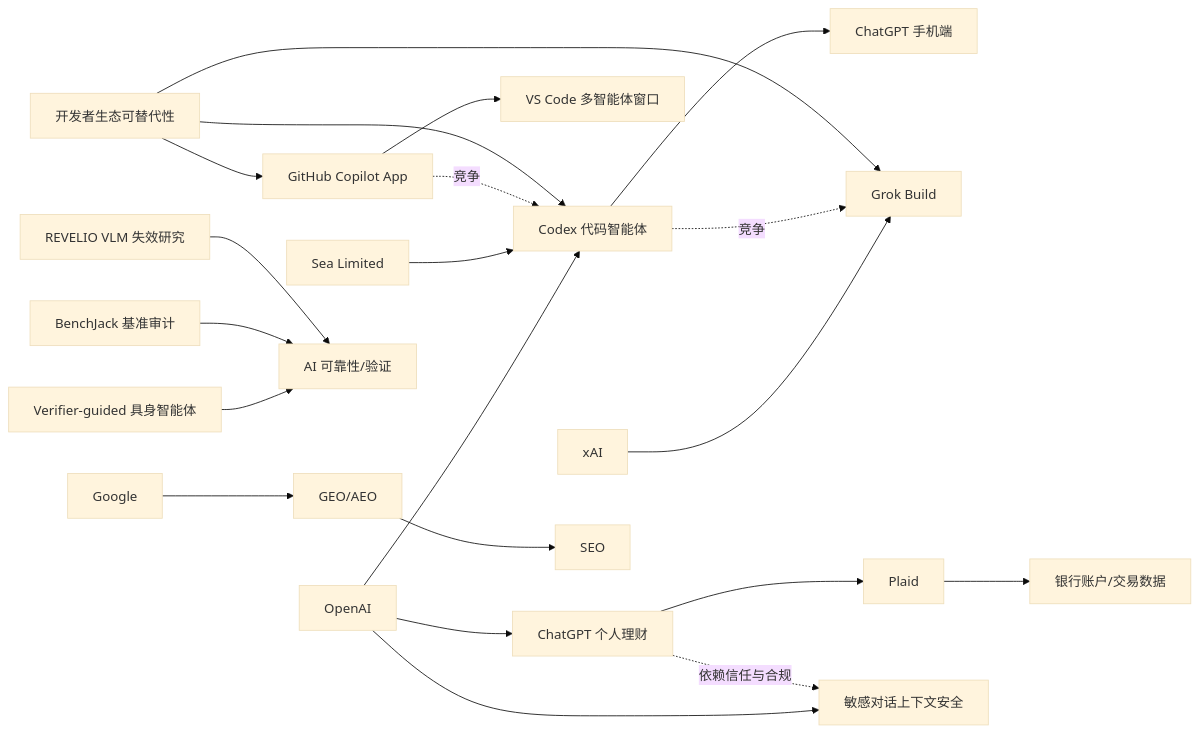
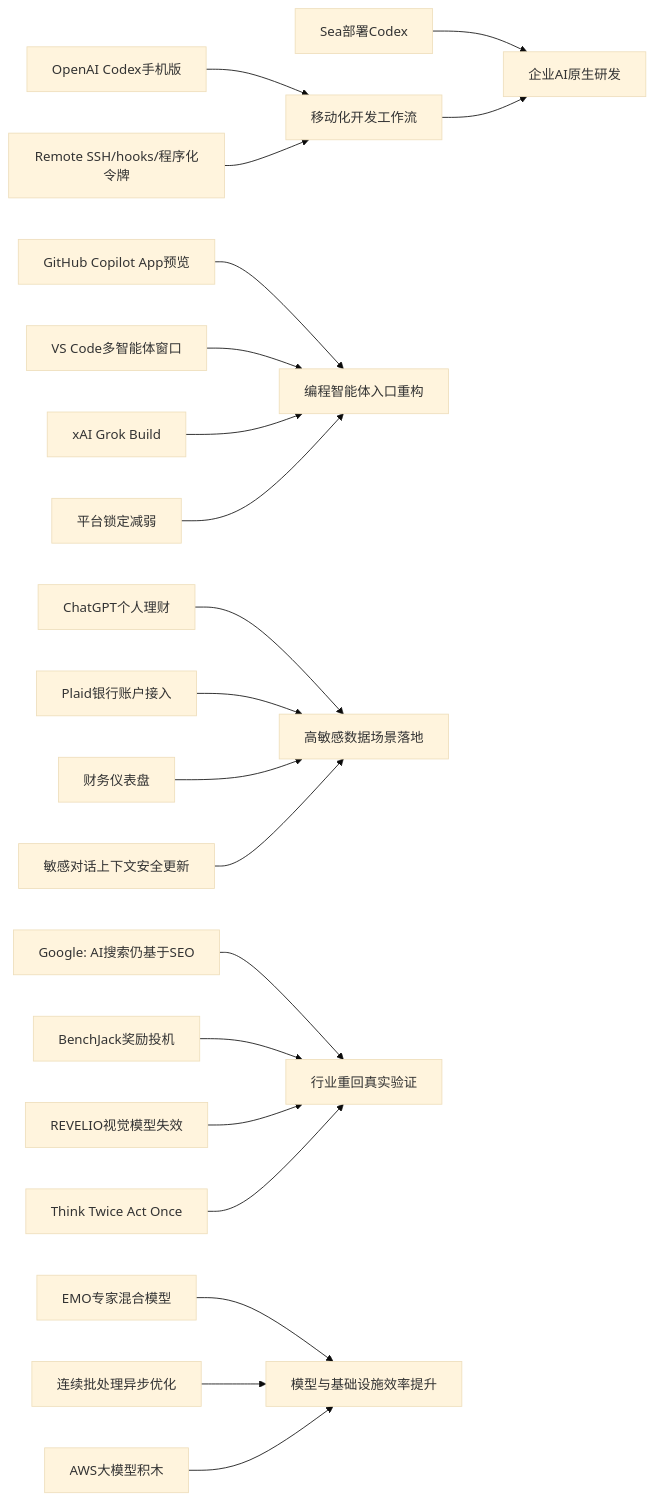
The diagram in content/cn/2026/2026-05/2026-05-15.md (zhuxinfei/ai-daily-site), drawn with Mermaid (base theme) before and after one commit. The commit also changed other lines of this file, not shown here.

````diff
--- a/content/cn/2026/2026-05/2026-05-15.md
+++ b/content/cn/2026/2026-05/2026-05-15.md
@@ -110,50 +122,39 @@
 ```mermaid
 graph LR
-    OpenAI[OpenAI]
-    Codex[Codex 代码智能体]
-    ChatGPTMobile[ChatGPT 手机端]
-    Sea[Sea Limited]
-    Copilot[GitHub Copilot App]
-    VSCode[VS Code 多智能体窗口]
-    xAI[xAI]
-    GrokBuild[Grok Build]
+    A[OpenAI Codex手机版] --> B[移动化开发工作流]
+    C[Remote SSH/hooks/程序化令牌] --> B
+    D[Sea部署Codex] --> E[企业AI原生研发]
+    B --> E
 
-    Finance[ChatGPT 个人理财]
-    Plaid[Plaid]
-    BankData[银行账户/交易数据]
-    Safety[敏感对话上下文安全]
+    F[GitHub Copilot App预览]
+    G[VS Code多智能体窗口]
+    H[xAI Grok Build]
+    F --> I[编程智能体入口重构]
+    G --> I
+    H --> I
+    J[平台锁定减弱] --> I
 
-    Google[Google]
-    SEO[SEO]
-    GEO[GEO/AEO]
-    DevEco[开发者生态可替代性]
+    K[ChatGPT个人理财]
+    L[Plaid银行账户接入]
+    M[财务仪表盘]
+    K --> N[高敏感数据场景落地]
+    L --> N
+    M --> N
+    O[敏感对话上下文安全更新] --> N
 
-    Verifier[Verifier-guided 具身智能体]
-    BenchJack[BenchJack 基准审计]
-    Revelio[REVELIO VLM 失效研究]
-    Reliability[AI 可靠性/验证]
+    P[Google: AI搜索仍基于SEO]
+    Q[BenchJack奖励投机]
+    R[REVELIO视觉模型失效]
+    S[Think Twice Act Once]
+    P --> T[行业重回真实验证]
+    Q --> T
+    R --> T
+    S --> T
 
-    OpenAI --> Codex
-    Codex --> ChatGPTMobile
-    Sea --> Codex
-    Copilot --> VSCode
-    xAI --> GrokBuild
-    Codex -.竞争.-> GrokBuild
-    Copilot -.竞争.-> Codex
-
-    OpenAI --> Finance
-    Finance --> Plaid
-    Plaid --> BankData
-    OpenAI --> Safety
-    Finance -.依赖信任与合规.-> Safety
-
-    Google --> GEO
-    GEO --> SEO
-    DevEco --> Codex
-    DevEco --> Copilot
-    DevEco --> GrokBuild
-
-    Verifier --> Reliability
-    BenchJack --> Reliability
-    Revelio --> Reliability
+    U[EMO专家混合模型]
+    V[连续批处理异步优化]
+    W[AWS大模型积木]
+    U --> X[模型与基础设施效率提升]
+    V --> X
+    W --> X
 ```
````
